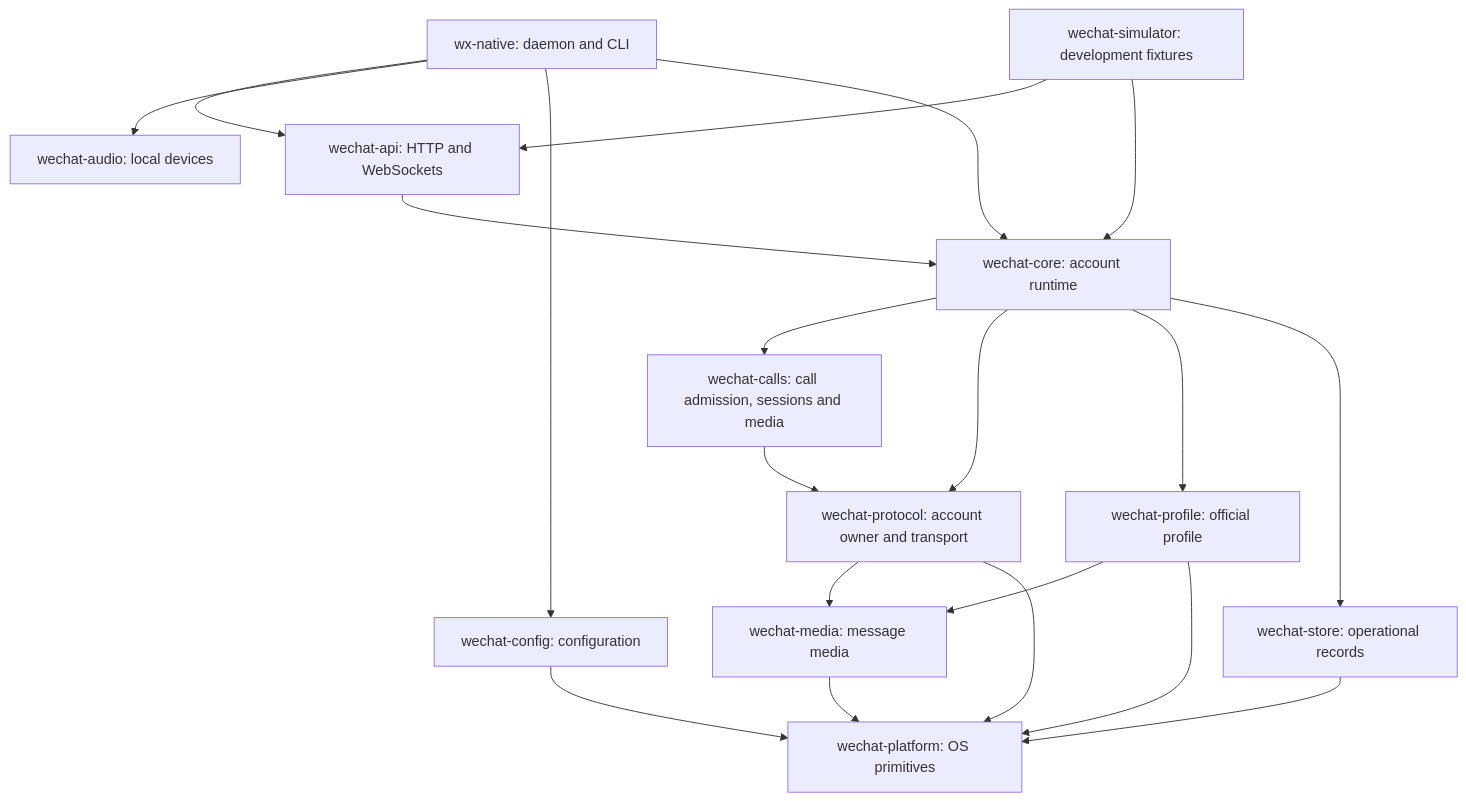
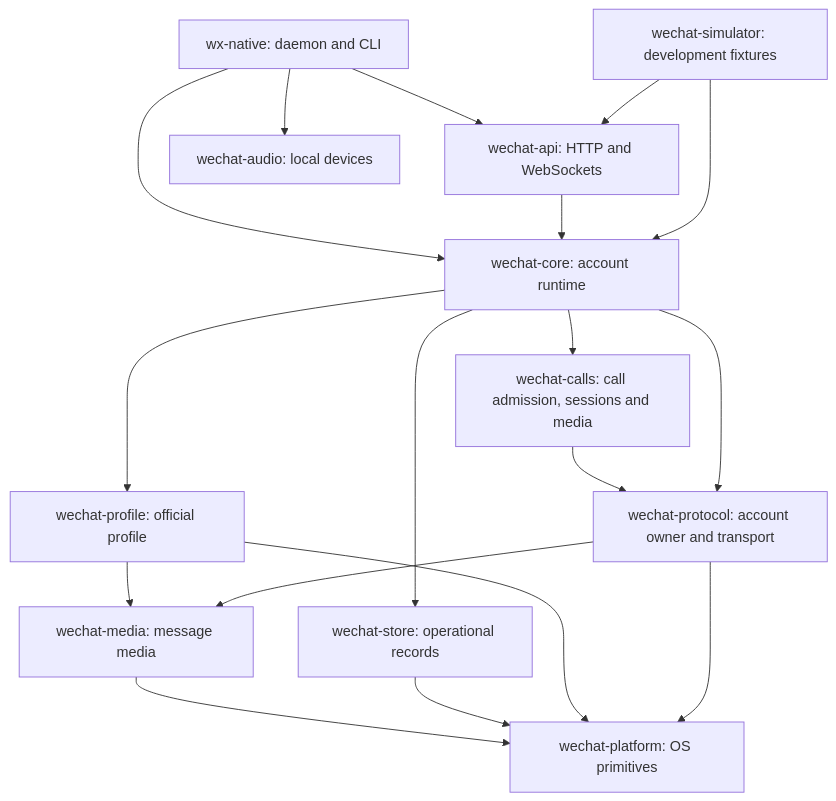
The diagram in docs/src/content/docs/how-it-works/rust-crates.mdx (thisnick/agent-wechat), drawn with Mermaid before and after one commit. The commit also changed other lines of this file and 60 other files, not shown here.

First line of the commit message:
Move demo sources, platform checklist, config crate and docs plugins home

````diff
--- a/docs/src/content/docs/how-it-works/rust-crates.mdx
+++ b/docs/src/content/docs/how-it-works/rust-crates.mdx
@@ -15,22 +15,20 @@
 ```mermaid
 flowchart TD
   WX["wx-native: daemon and CLI"] --> API["wechat-api: HTTP and WebSockets"]
   WX --> AUDIO["wechat-audio: local devices"]
-  WX --> CFG["wechat-config: configuration"]
   WX --> CORE["wechat-core: account runtime"]
   API --> CORE
   CORE --> CALLS["wechat-calls: call admission, sessions and media"]
   CALLS --> PROTOCOL
   CORE --> PROTOCOL["wechat-protocol: account owner and transport"]
   CORE --> PROFILE["wechat-profile: official profile"]
   CORE --> STORE["wechat-store: operational records"]
   PROFILE --> MEDIA["wechat-media: message media"]
   PROTOCOL --> MEDIA
   MEDIA --> PLATFORM["wechat-platform: OS primitives"]
-  CFG --> PLATFORM
   STORE --> PLATFORM
   DEV["wechat-simulator: development fixtures"] --> API
   DEV --> CORE
   PROFILE --> PLATFORM
   PROTOCOL --> PLATFORM
 ```
````
